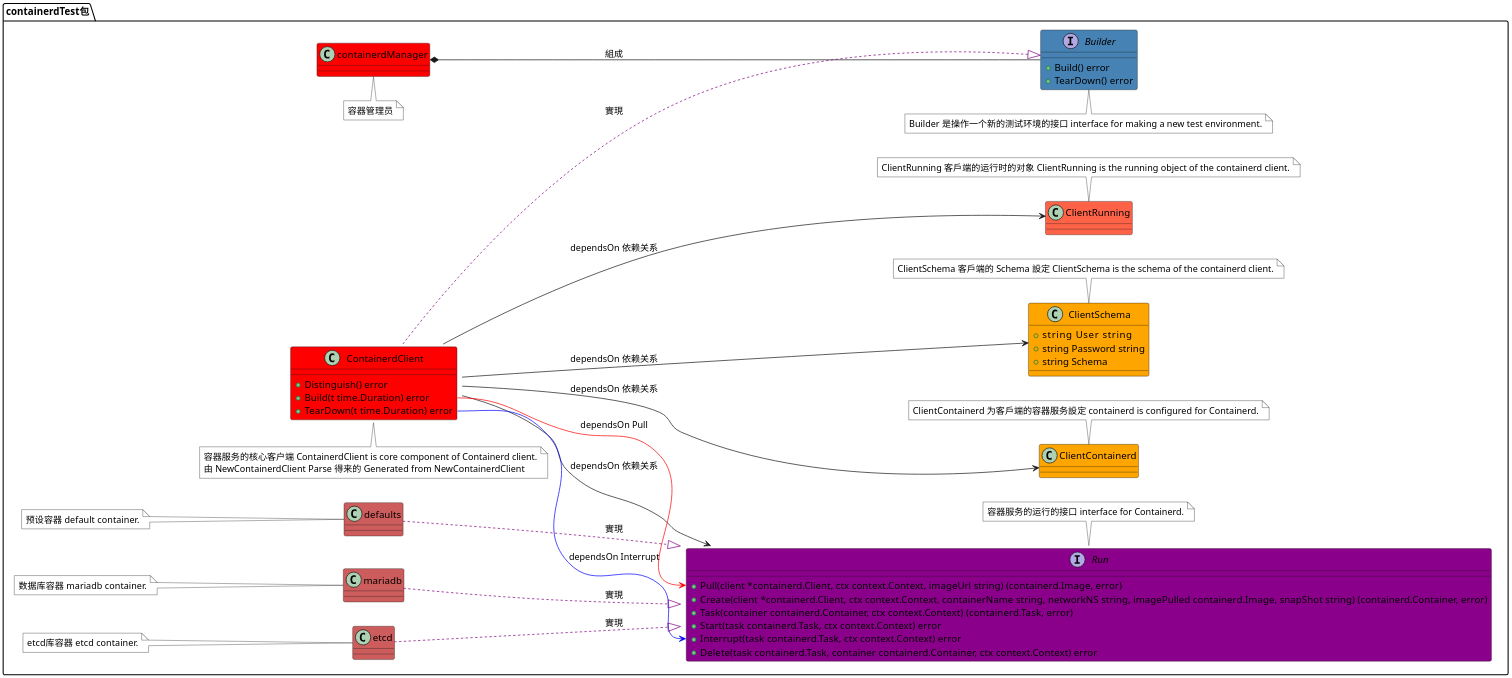
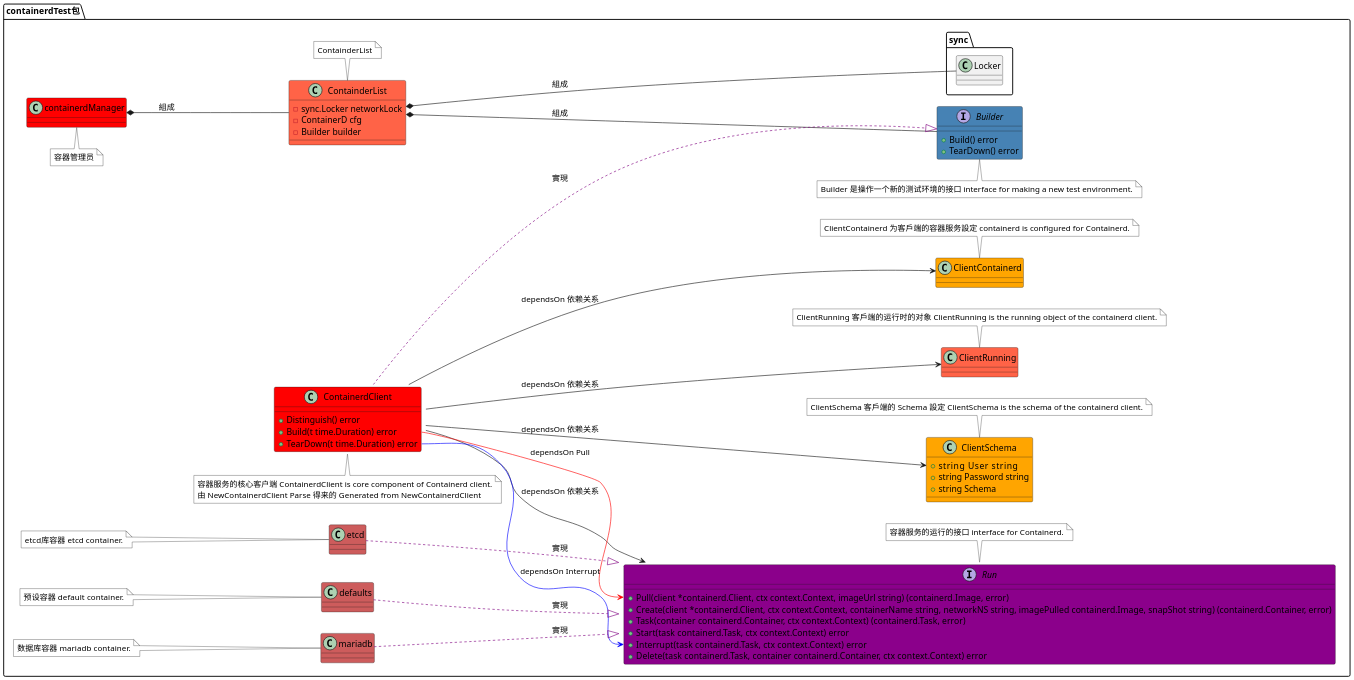
Before and after one commit to panhongrainbow/Gaea: the diagram in util/mocks/containerdTest/统一建模语言/类图.puml, drawn with PlantUML. The commit also changed 4 other files, not shown here.

Commit message:
test: lock containerd ok

```diff
--- a/util/mocks/containerdTest/统一建模语言/类图.puml
+++ b/util/mocks/containerdTest/统一建模语言/类图.puml
@@ -1,141 +1,153 @@
 @startuml
 
 left to right direction
 scale 2000 width
 scale 2000 height
 
 '预设背景的颜色
 skinparam NoteBackgroundColor white
 
 
 '整个 Containerd 运作的类图
 
 package containerdTest包 {
     '管理员
     class containerdManager {
     }
     class containerdManager #back:red
     note top of containerdManager {
         容器管理员
+    }
+
+    class ContainderList {
+    	- sync.Locker networkLock
+    	- ContainerD cfg
+    	- Builder builder
+    }
+    class ContainderList #back:tomato
+    note bottom of ContainderList {
+        ContainderList
     }
 
     '客户端介面
     interface Builder {
         + Build() error
         + TearDown() error
     }
     interface Builder #back:steelblue
     note top of Builder {
         Builder 是操作一个新的测试环境的接口 interface for making a new test environment.
     }
 
     '核心类
     class ContainerdClient {
         + Distinguish() error
         + Build(t time.Duration) error
         + TearDown(t time.Duration) error
     }
     class ContainerdClient #back:red
     note top of ContainerdClient {
         容器服务的核心客户端 ContainerdClient is core component of Containerd client.
         由 NewContainerdClient Parse 得来的 Generated from NewContainerdClient
     }
 
     '核心类的设定
 
     '核心类的容器设定
     class ClientContainerd {
     }
     class ClientContainerd #back:orange
     note bottom of ClientContainerd {
         ClientContainerd 为客戶端的容器服务設定 containerd is configured for Containerd.
     }
 
     '核心类的 Schema 设定
     class ClientSchema {
         + string User     string
         + string Password string
         + string Schema
     }
     class ClientSchema #back:orange
     note bottom of ClientSchema {
         ClientSchema 客戶端的 Schema 設定 ClientSchema is the schema of the containerd client.
     }
 
     '核心类的容器运行时的对象
     class ClientRunning {
     }
     class ClientRunning #back:tomato
     note bottom of ClientRunning {
         ClientRunning 客戶端的运行时的对象 ClientRunning is the running object of the containerd client.
     }
 
     '核心类的执行接口
     interface Run {
     	+ Pull(client *containerd.Client, ctx context.Context, imageUrl string) (containerd.Image, error)
     	+ Create(client *containerd.Client, ctx context.Context, containerName string, networkNS string, imagePulled containerd.Image, snapShot string) (containerd.Container, error)
     	+ Task(container containerd.Container, ctx context.Context) (containerd.Task, error)
     	+ Start(task containerd.Task, ctx context.Context) error
     	+ Interrupt(task containerd.Task, ctx context.Context) error
     	+ Delete(task containerd.Task, container containerd.Container, ctx context.Context) error
     }
     interface Run #back:darkmagenta
     note bottom of Run {
         容器服务的运行的接口 interface for Containerd.
     }
 
     '实现执行接口的类
     class defaults {
     }
     class defaults #back:indianred
     note left of defaults {
         预设容器 default container.
     }
 
     class mariadb {
     }
     class mariadb #back:indianred
     note left of mariadb {
         数据库容器 mariadb container.
     }
 
     class etcd {
     }
     class etcd #back:indianred
     note left of etcd {
         etcd库容器 etcd container.
     }
 
     '容器管理员的关联
-    containerdManager *-- Builder: 組成
+    containerdManager *-- ContainderList: 組成
+    ContainderList *-- Builder: 組成
+    ContainderList *-- sync.Locker: 組成
 
     '核心类的设定档关连
     ContainerdClient --> ClientContainerd: dependsOn 依赖关系
     ContainerdClient --> ClientSchema: dependsOn 依赖关系
 
     '核心类的执行物件的关连
     ContainerdClient --> ClientRunning: dependsOn 依赖关系
 
     '核心类的执行接口的关连
     ContainerdClient --> Run: dependsOn 依赖关系
 
     '实现执行接口的类的关连
     defaults .[#Purple].|> Run: 實現
     mariadb .[#Purple].|> Run: 實現
     etcd .[#Purple].|> Run: 實現
 
     '核心类的执行创建函数的关连
     ContainerdClient::Build -[#Red]-> Run::Pull: dependsOn Pull
     'ContainerdClient::Build -[#Red]-> Run::Create: dependsOn Create
     'ContainerdClient::Build -[#Red]-> Run::Task: dependsOn Task
     'ContainerdClient::Build -[#Red]-> Run::Start: dependsOn Start
 
     '核心类的执行拆除函数的关连
     ContainerdClient::TearDown -[#Blue]-> Run::Interrupt: dependsOn Interrupt
     'ContainerdClient::TearDown -[#Blue]-> Run::Delete: dependsOn Delete
 
     '客户端介面的关连
     ContainerdClient .[#Purple].|> Builder: 實現
 }
 
 @enduml
```
